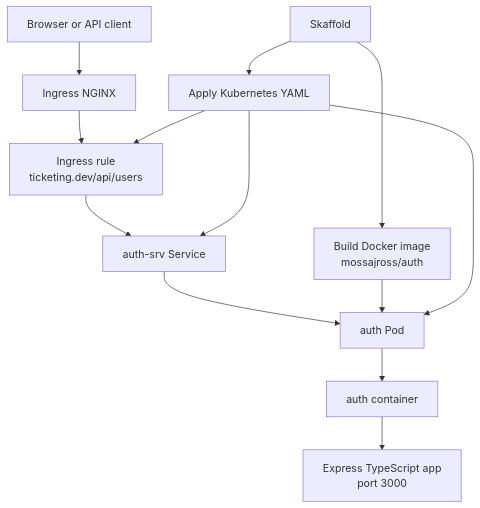
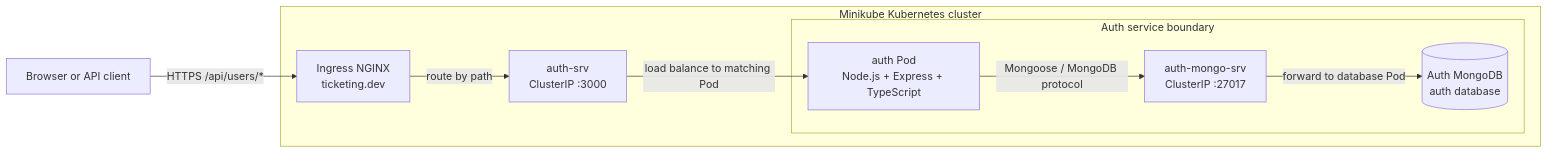
One commit to moslemajra85/ticketing-app changed the first of 3 diagrams in README.md. Above: the diagram before and after it, drawn with Mermaid. The commit also changed other lines of this file and 1 other file, not shown here.

Commit message:
docs: showcase project architecture and roadmap

````diff
--- a/README.md
+++ b/README.md
@@ -9,16 +45,21 @@
 ```mermaid
-flowchart TD
-  A[Browser or API client] --> B[Ingress NGINX]
-  B --> C[Ingress rule<br/>ticketing.dev/api/users]
-  C --> D[auth-srv Service]
-  D --> E[auth Pod]
-  E --> F[auth container]
-  F --> G[Express TypeScript app<br/>port 3000]
+flowchart LR
+    Client[Browser or API client]
 
-  H[Skaffold] --> I[Build Docker image<br/>mossajross/auth]
-  H --> J[Apply Kubernetes YAML]
-  I --> E
-  J --> C
-  J --> D
-  J --> E
+    subgraph Cluster[Minikube Kubernetes cluster]
+        Ingress[Ingress NGINX<br/>ticketing.dev]
+        AuthService[auth-srv<br/>ClusterIP :3000]
+
+        subgraph AuthBoundary[Auth service boundary]
+            AuthPod[auth Pod<br/>Node.js + Express + TypeScript]
+            MongoService[auth-mongo-srv<br/>ClusterIP :27017]
+            Mongo[(Auth MongoDB<br/>auth database)]
+        end
+    end
+
+    Client -->|HTTPS /api/users/*| Ingress
+    Ingress -->|route by path| AuthService
+    AuthService -->|load balance to matching Pod| AuthPod
+    AuthPod -->|Mongoose / MongoDB protocol| MongoService
+    MongoService -->|forward to database Pod| Mongo
 ```
````
